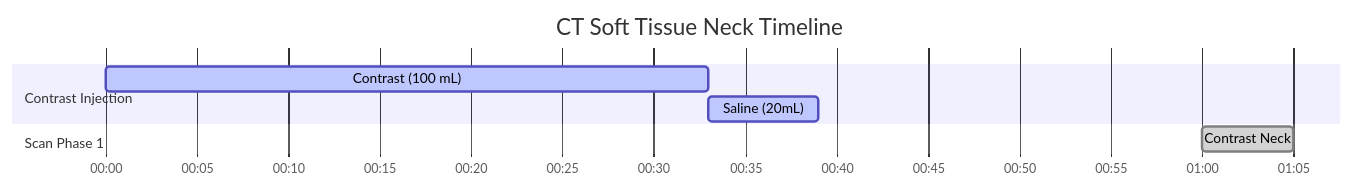
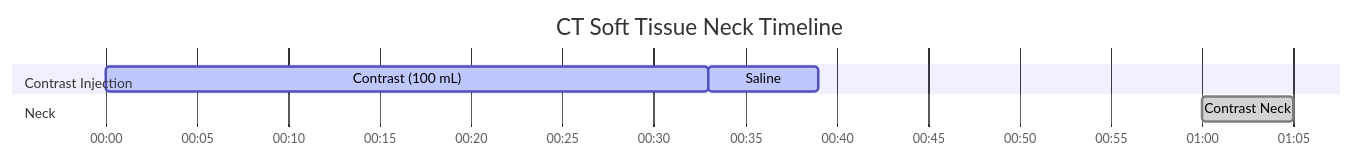
The diagram in docs/ct/neuro/ct-soft-tissue-neck.md (dfergs93/radiology-protocols), drawn with Mermaid before and after one commit. The commit also changed other lines of this file and 101 other files, not shown here.

````diff
--- a/docs/ct/neuro/ct-soft-tissue-neck.md
+++ b/docs/ct/neuro/ct-soft-tissue-neck.md
@@ -82,16 +83,18 @@
   ```mermaid
   ---
+  displayMode: compact
   config:
     theme: default
+    themeCSS: " #Saline{ fill: #4ed5ff; stroke: #2094f3; } "
   ---
     gantt
       title CT Soft Tissue Neck Timeline
       dateFormat mm:ss
       axisFormat %M:%S 
       
       section Contrast Injection
       Contrast (100 mL)    :active, contrast, 00:00, 33s
-      Saline (20mL)          :active, saline, after contrast, 6s
-      section Scan Phase 1
+      Saline          :active, saline, after contrast, 6s
+      section Neck
       Contrast Neck    :done, scan1, 01:00, 5s
   ```
````
